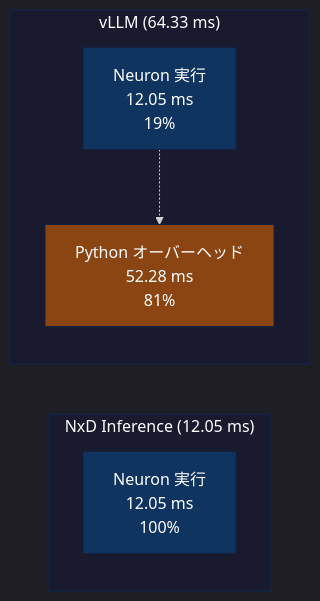
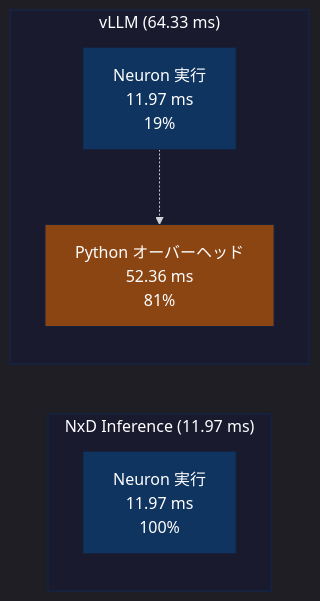
Before and after one commit to littlemex/zenn: the second of 5 diagrams in articles/8d7643da66042e.md, drawn with Mermaid. The commit also changed other lines of this file, not shown here.

````diff
--- a/articles/8d7643da66042e.md
+++ b/articles/8d7643da66042e.md
@@ -1178,19 +1210,19 @@
 ```mermaid
 %%{init: {'theme':'dark'}}%%
 graph LR
-    subgraph NxD["NxD Inference (12.05 ms)"]
-        A[Neuron 実行<br/>12.05 ms<br/>100%]
+    subgraph NxD["NxD Inference (11.97 ms)"]
+        A[Neuron 実行<br/>11.97 ms<br/>100%]
     end
 
     subgraph vLLM["vLLM (64.33 ms)"]
-        B[Neuron 実行<br/>12.05 ms<br/>19%]
-        C[Python オーバーヘッド<br/>52.28 ms<br/>81%]
+        B[Neuron 実行<br/>11.97 ms<br/>19%]
+        C[Python オーバーヘッド<br/>52.36 ms<br/>81%]
         B -.-> C
     end
 
     style NxD fill:#1a1a2e,stroke:#16213e,stroke-width:2px,color:#fff
     style vLLM fill:#1a1a2e,stroke:#16213e,stroke-width:2px,color:#fff
     style A fill:#0f3460,stroke:#16213e,color:#fff
     style B fill:#0f3460,stroke:#16213e,color:#fff
     style C fill:#8b4513,stroke:#16213e,color:#fff
 ```
````
